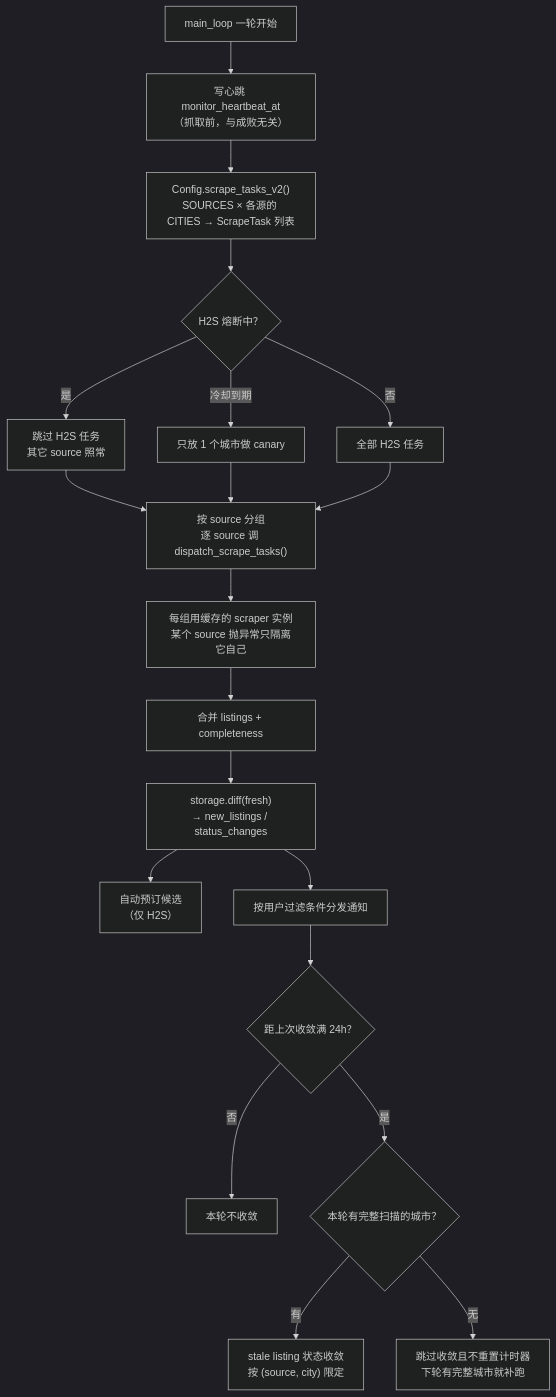
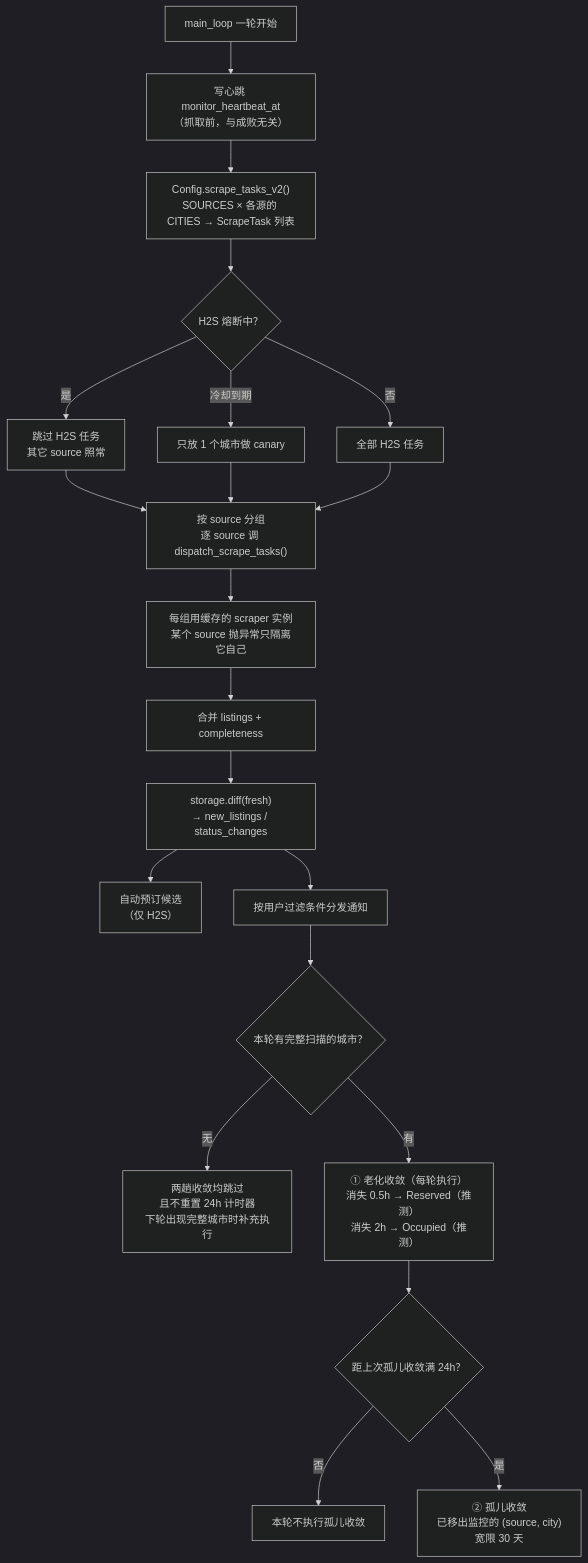
Before and after one commit to 751K/holland2stay-monitor: the second of 6 diagrams in docs/ARCHITECTURE.md, drawn with Mermaid (dark theme). The commit also changed other lines of this file and 14 other files, not shown here.

First line of the commit message:
文档全面核对：改掉与现状不符的说法，统一书面语，补时序图

````diff
--- a/docs/ARCHITECTURE.md
+++ b/docs/ARCHITECTURE.md
@@ -46,24 +48,25 @@
 ```mermaid
 flowchart TD
     A["main_loop 一轮开始"] --> HB["写心跳 monitor_heartbeat_at<br/>（抓取前，与成败无关）"]
     HB --> T["Config.scrape_tasks_v2()<br/>SOURCES × 各源的 CITIES → ScrapeTask 列表"]
     T --> CB{"H2S 熔断中？"}
     CB -->|是| SKIP["跳过 H2S 任务<br/>其它 source 照常"]
     CB -->|冷却到期| CAN["只放 1 个城市做 canary"]
     CB -->|否| ALL["全部 H2S 任务"]
 
     SKIP --> D["按 source 分组<br/>逐 source 调 dispatch_scrape_tasks()"]
     CAN --> D
     ALL --> D
 
     D --> SC["每组用缓存的 scraper 实例<br/>某个 source 抛异常只隔离它自己"]
     SC --> R["合并 listings + completeness"]
     R --> DIFF["storage.diff(fresh)<br/>→ new_listings / status_changes"]
     DIFF --> BOOK["自动预订候选<br/>（仅 H2S）"]
     DIFF --> NOTIF["按用户过滤条件分发通知"]
-    NOTIF --> DUE{"距上次收敛满 24h？"}
-    DUE -->|否| WAIT["本轮不收敛"]
-    DUE -->|是| STALE{"本轮有完整扫描的城市？"}
-    STALE -->|有| CONV["stale listing 状态收敛<br/>按 (source, city) 限定"]
-    STALE -->|无| SKIP2["跳过收敛且不重置计时器<br/>下轮有完整城市就补跑"]
+    NOTIF --> CPL{"本轮有完整扫描的城市？"}
+    CPL -->|无| SKIP2["两趟收敛均跳过<br/>且不重置 24h 计时器<br/>下轮出现完整城市时补充执行"]
+    CPL -->|有| AGE["① 老化收敛（每轮执行）<br/>消失 0.5h → Reserved（推测）<br/>消失 2h → Occupied（推测）"]
+    AGE --> DUE{"距上次孤儿收敛满 24h？"}
+    DUE -->|否| WAIT["本轮不执行孤儿收敛"]
+    DUE -->|是| CONV["② 孤儿收敛<br/>已移出监控的 (source, city)<br/>宽限 30 天"]
 ```
````
